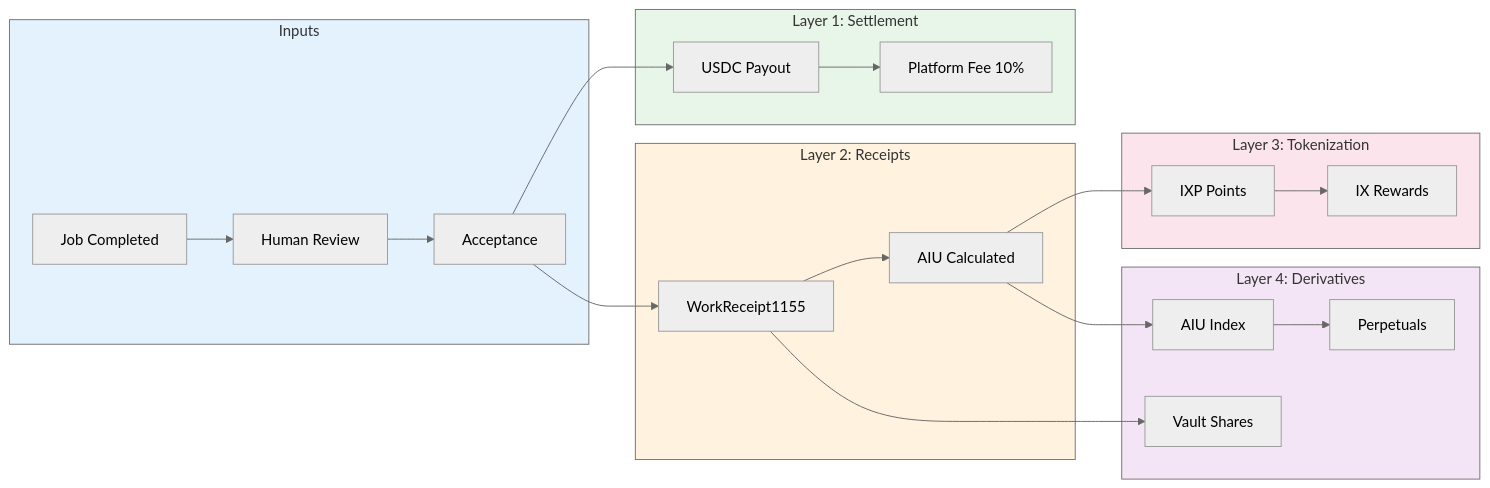
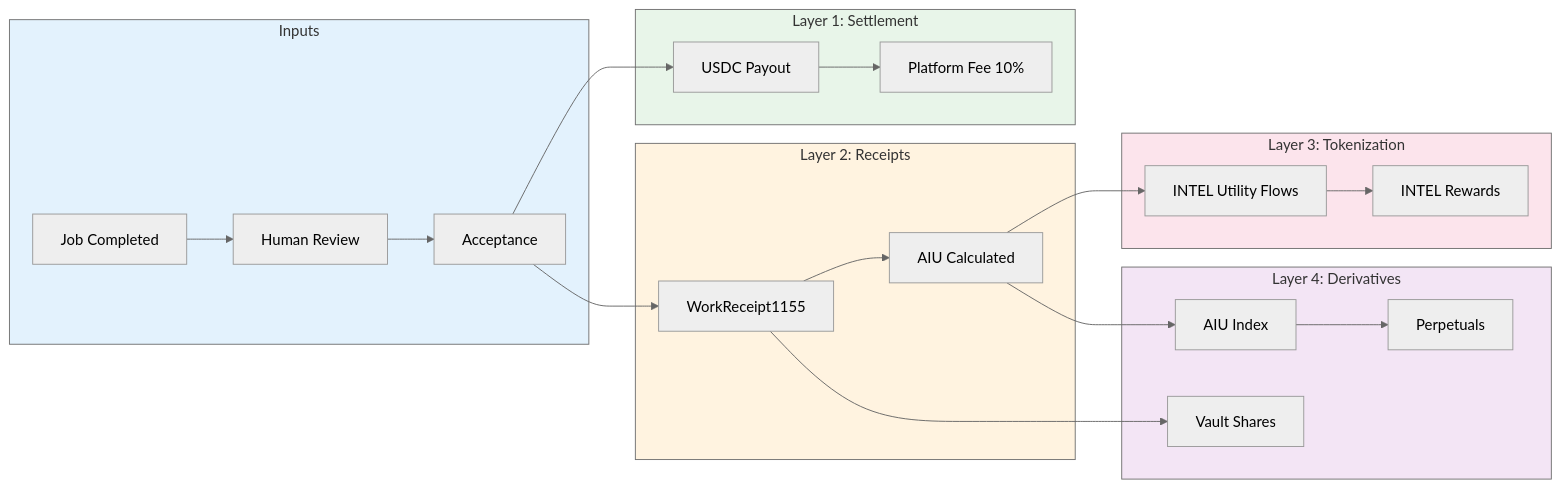
One commit to chimera-defi/ethglobal-cannes-2026-intelligence-exchange changed the second of 4 diagrams in docs/architecture/intelligence-derivatives-evolution.md. Above: the diagram before and after it, drawn with Mermaid (neutral theme). The commit also changed other lines of this file and 7 other files, not shown here.

````diff
--- a/docs/architecture/intelligence-derivatives-evolution.md
+++ b/docs/architecture/intelligence-derivatives-evolution.md
@@ -54,42 +56,42 @@
 ```mermaid
 flowchart LR
     subgraph Inputs["Inputs"]
         Job["Job Completed"]
         Review["Human Review"]
         Accept["Acceptance"]
     end
 
     subgraph Layer1["Layer 1: Settlement"]
         Stable["USDC Payout"]
         Fee["Platform Fee 10%"]
     end
 
     subgraph Layer2["Layer 2: Receipts"]
         Receipt["WorkReceipt1155"]
         AIU["AIU Calculated"]
     end
 
     subgraph Layer3["Layer 3: Tokenization"]
-        IXP["IXP Points"]
-        IX["IX Rewards"]
+        INTEL_FLOW["INTEL Utility Flows"]
+        INTEL_REWARDS["INTEL Rewards"]
     end
 
     subgraph Layer4["Layer 4: Derivatives"]
         Index["AIU Index"]
         Perp["Perpetuals"]
         Vault["Vault Shares"]
     end
 
     Job --> Review --> Accept
     Accept --> Stable --> Fee
     Accept --> Receipt --> AIU
-    AIU --> IXP --> IX
+    AIU --> INTEL_FLOW --> INTEL_REWARDS
     AIU --> Index --> Perp
     Receipt --> Vault
 
     style Inputs fill:#e3f2fd
     style Layer1 fill:#e8f5e9
     style Layer2 fill:#fff3e0
     style Layer3 fill:#fce4ec
     style Layer4 fill:#f3e5f5
 ```
````
